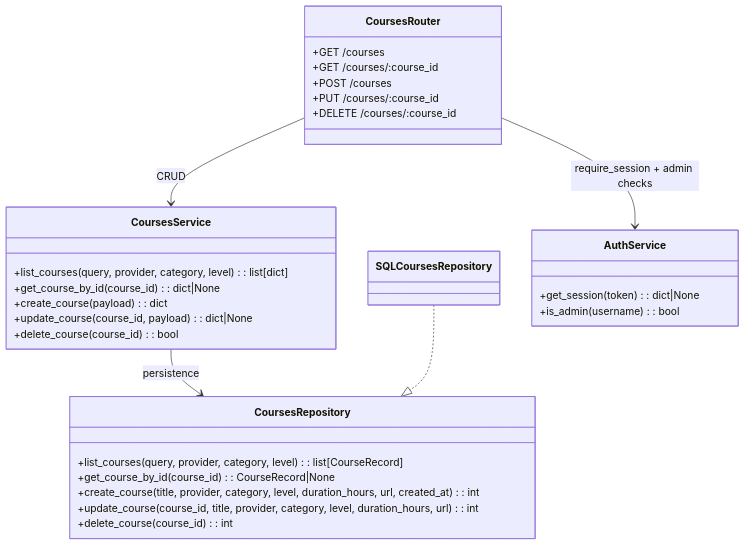
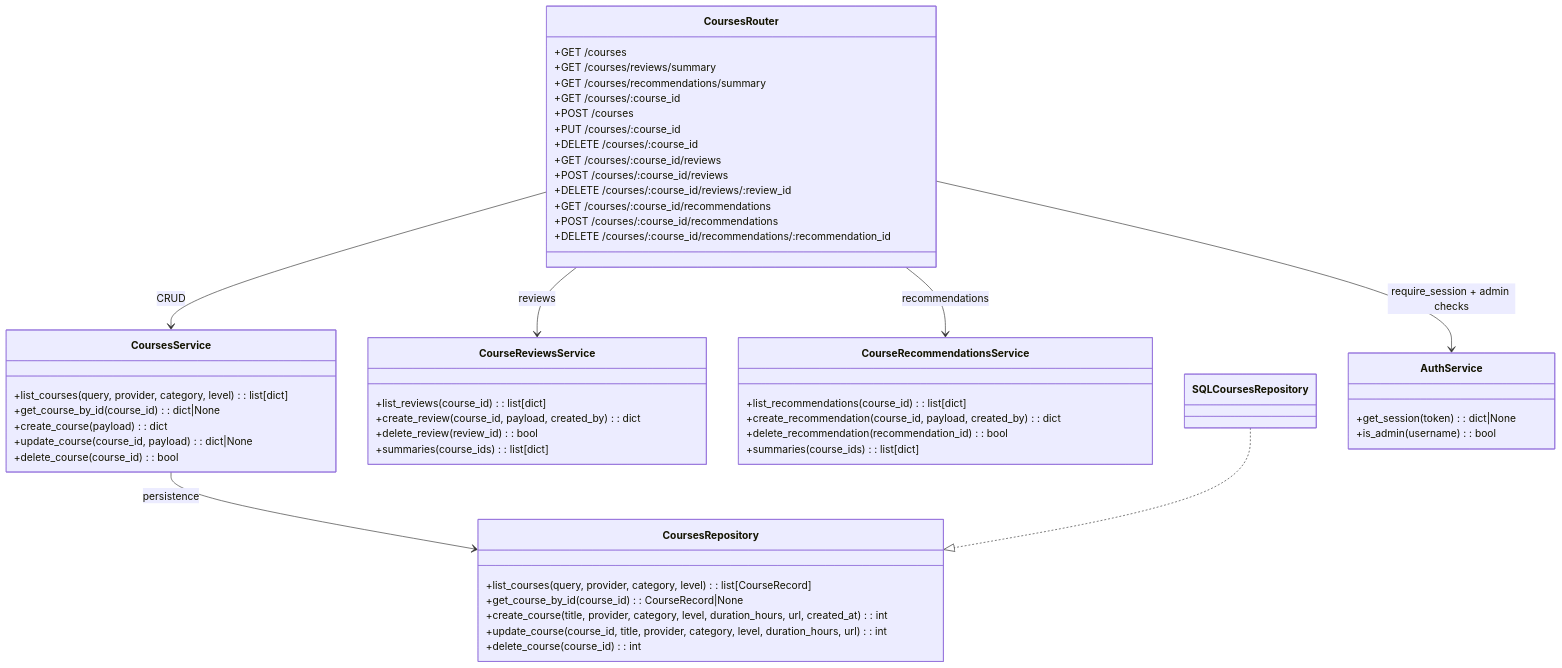
The sixth of 15 diagrams in docs/architecture_backend.md (JustinMelger/Upstream), drawn with Mermaid before and after one commit. The commit also changed other lines of this file and 58 other files, not shown here.

````diff
--- a/docs/architecture_backend.md
+++ b/docs/architecture_backend.md
@@ -218,39 +228,63 @@
 ```mermaid
 classDiagram
   class CoursesRouter {
     +GET /courses
+    +GET /courses/reviews/summary
+    +GET /courses/recommendations/summary
     +GET /courses/:course_id
     +POST /courses
     +PUT /courses/:course_id
     +DELETE /courses/:course_id
+    +GET /courses/:course_id/reviews
+    +POST /courses/:course_id/reviews
+    +DELETE /courses/:course_id/reviews/:review_id
+    +GET /courses/:course_id/recommendations
+    +POST /courses/:course_id/recommendations
+    +DELETE /courses/:course_id/recommendations/:recommendation_id
   }
 
   class CoursesService {
     +list_courses(query, provider, category, level): list[dict]
     +get_course_by_id(course_id): dict|None
     +create_course(payload): dict
     +update_course(course_id, payload): dict|None
     +delete_course(course_id): bool
   }
 
   class CoursesRepository {
     +list_courses(query, provider, category, level): list[CourseRecord]
     +get_course_by_id(course_id): CourseRecord|None
     +create_course(title, provider, category, level, duration_hours, url, created_at): int
     +update_course(course_id, title, provider, category, level, duration_hours, url): int
     +delete_course(course_id): int
   }
 
+  class CourseReviewsService {
+    +list_reviews(course_id): list[dict]
+    +create_review(course_id, payload, created_by): dict
+    +delete_review(review_id): bool
+    +summaries(course_ids): list[dict]
+  }
+
+  class CourseRecommendationsService {
+    +list_recommendations(course_id): list[dict]
+    +create_recommendation(course_id, payload, created_by): dict
+    +delete_recommendation(recommendation_id): bool
+    +summaries(course_ids): list[dict]
+  }
+
   class SQLCoursesRepository {
   }
 
   class AuthService {
     +get_session(token): dict|None
     +is_admin(username): bool
   }
 
   CoursesRouter --> AuthService : require_session + admin checks
   CoursesRouter --> CoursesService : CRUD
+  CoursesRouter --> CourseReviewsService : reviews
+  CoursesRouter --> CourseRecommendationsService : recommendations
   CoursesService --> CoursesRepository : persistence
   SQLCoursesRepository ..|> CoursesRepository
 ```
````
